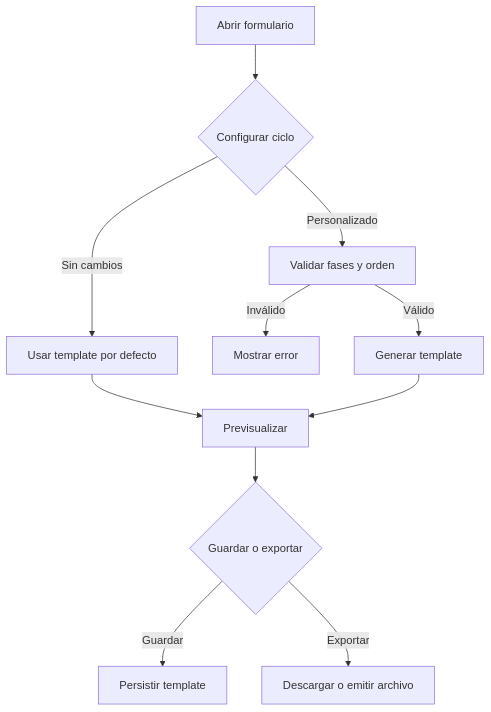
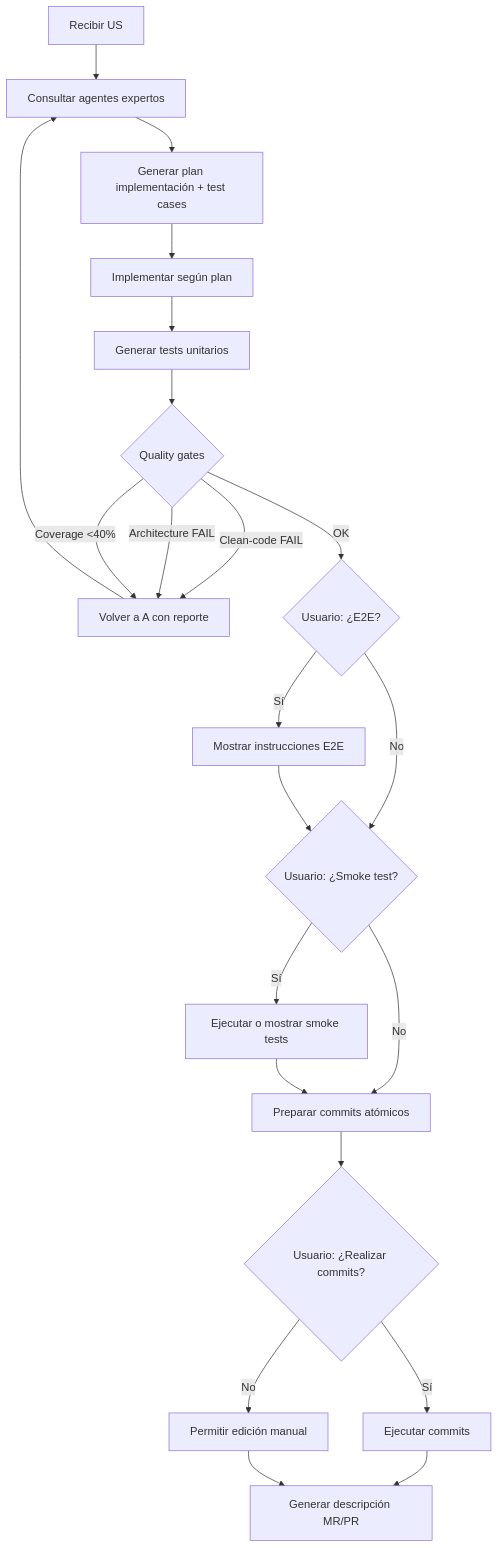
Before and after one commit to manelcc/copilot-devkit: the diagram in docs/implementation/user-stories/US-016-definir-ciclo-vida-desarrollo-formulario.md, drawn with Mermaid. The commit also changed other lines of this file and 7 other files, not shown here.

````diff
--- a/docs/implementation/user-stories/US-016-definir-ciclo-vida-desarrollo-formulario.md
+++ b/docs/implementation/user-stories/US-016-definir-ciclo-vida-desarrollo-formulario.md
@@ -100,13 +171,24 @@
 ```mermaid
 flowchart TD
-    A[Abrir formulario] --> B{Configurar ciclo}
-    B -->|Sin cambios| C[Usar template por defecto]
-    B -->|Personalizado| D[Validar fases y orden]
-    D -->|Inválido| E[Mostrar error]
-    D -->|Válido| F[Generar template]
-    C --> G[Previsualizar]
-    F --> G[Previsualizar]
-    G --> H{Guardar o exportar}
-    H -->|Guardar| I[Persistir template]
-    H -->|Exportar| J[Descargar o emitir archivo]
+    A[Recibir US] --> B[Consultar agentes expertos]
+    B --> C[Generar plan implementación + test cases]
+    C --> D[Implementar según plan]
+    D --> E[Generar tests unitarios]
+    E --> F{Quality gates}
+    F -->|Clean-code FAIL| G[Volver a A con reporte]
+    F -->|Architecture FAIL| G
+    F -->|Coverage <40%| G
+    F -->|OK| H{Usuario: ¿E2E?}
+    H -->|Sí| I[Mostrar instrucciones E2E]
+    H -->|No| J{Usuario: ¿Smoke test?}
+    I --> J
+    J -->|Sí| K[Ejecutar o mostrar smoke tests]
+    J -->|No| L[Preparar commits atómicos]
+    K --> L
+    L --> M{Usuario: ¿Realizar commits?}
+    M -->|Sí| N[Ejecutar commits]
+    M -->|No| O[Permitir edición manual]
+    N --> P[Generar descripción MR/PR]
+    O --> P
+    G --> B
 ```
````
